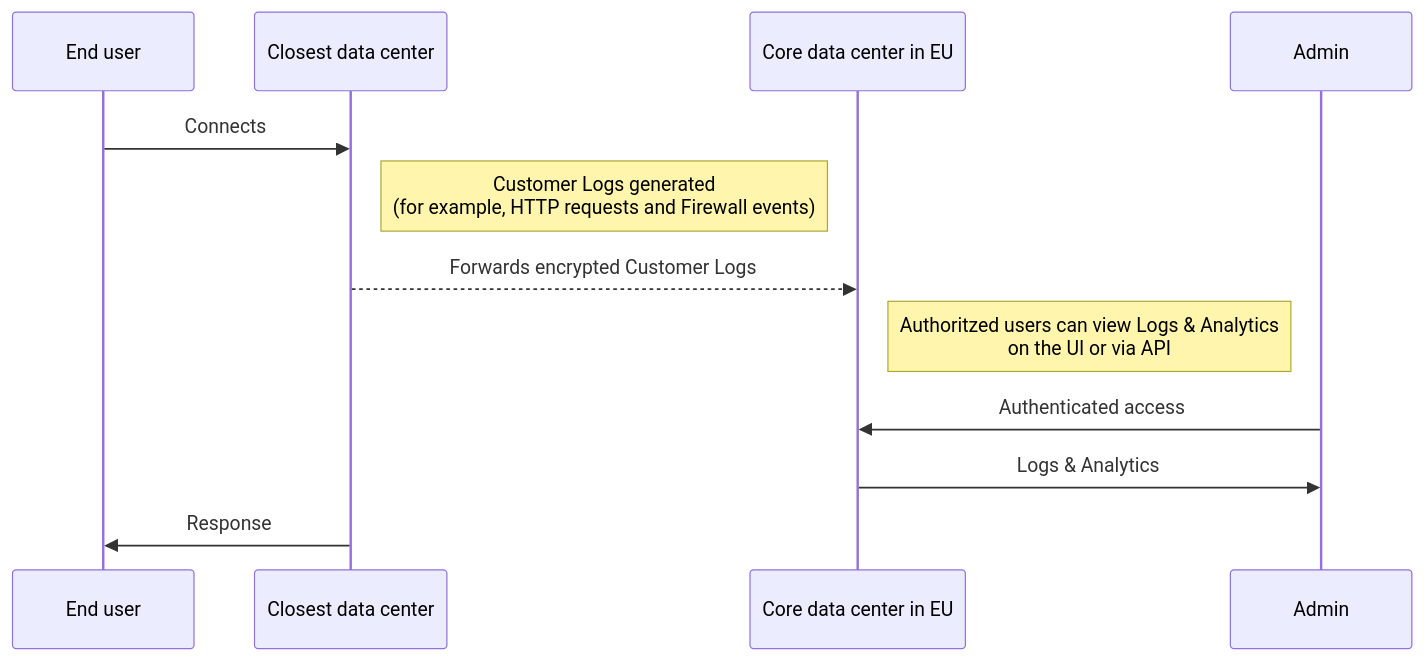
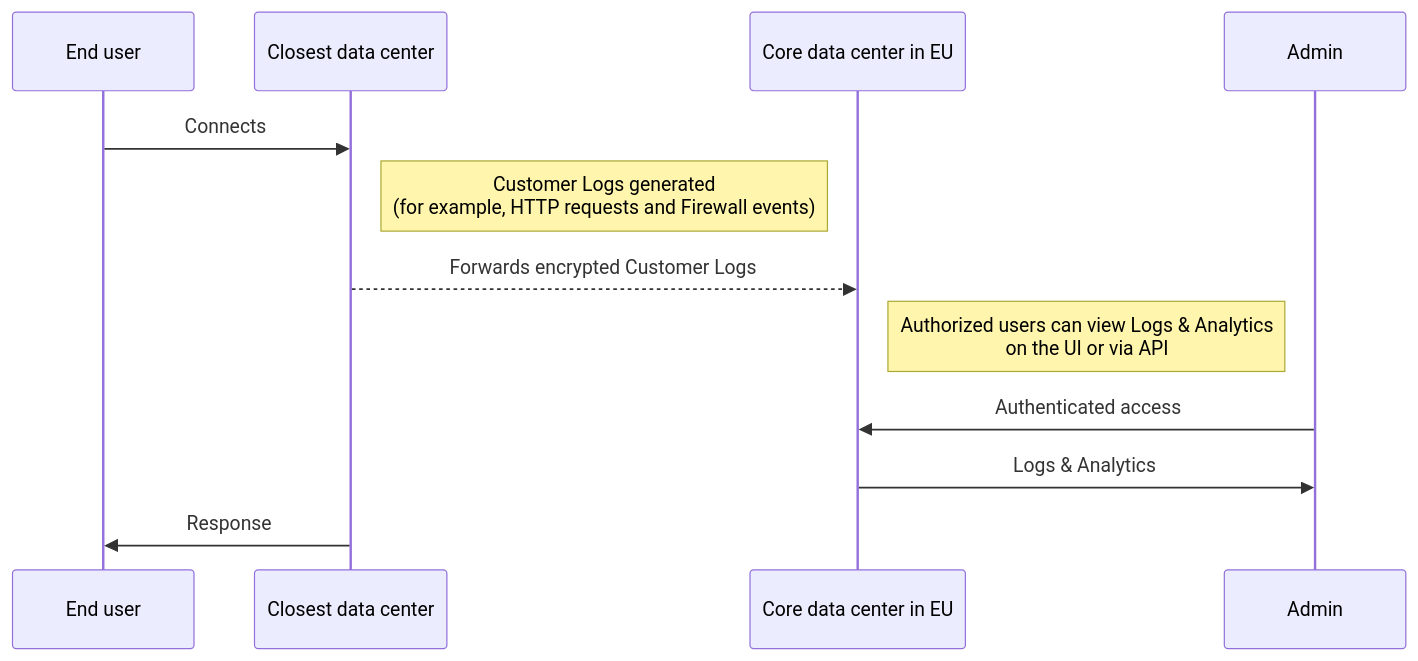
Before and after one commit to cloudflare/cloudflare-docs: the diagram in content/data-localization/metadata-boundary/_index.md, drawn with Mermaid. The commit also changed other lines of this file, not shown here.

````diff
--- a/content/data-localization/metadata-boundary/_index.md
+++ b/content/data-localization/metadata-boundary/_index.md
@@ -17,15 +17,15 @@
 ```mermaid
 sequenceDiagram
     participant UserEU as End user
     participant CloudflarePoP as Closest data center
     participant EUCoreDC as Core data center in EU
     participant CloudflareSuperAdmin as Admin
  
     UserEU->>CloudflarePoP: Connects
     Note right of CloudflarePoP: Customer Logs generated <br> (for example, HTTP requests and Firewall events)
     CloudflarePoP-->>EUCoreDC: Forwards encrypted Customer Logs
-    Note right of EUCoreDC: Authoritzed users can view Logs & Analytics <br> on the UI or via API
+    Note right of EUCoreDC: Authorized users can view Logs & Analytics <br> on the UI or via API
     CloudflareSuperAdmin->>EUCoreDC: Authenticated access
     EUCoreDC->>CloudflareSuperAdmin: Logs & Analytics
     CloudflarePoP->>UserEU: Response
 ```
````
